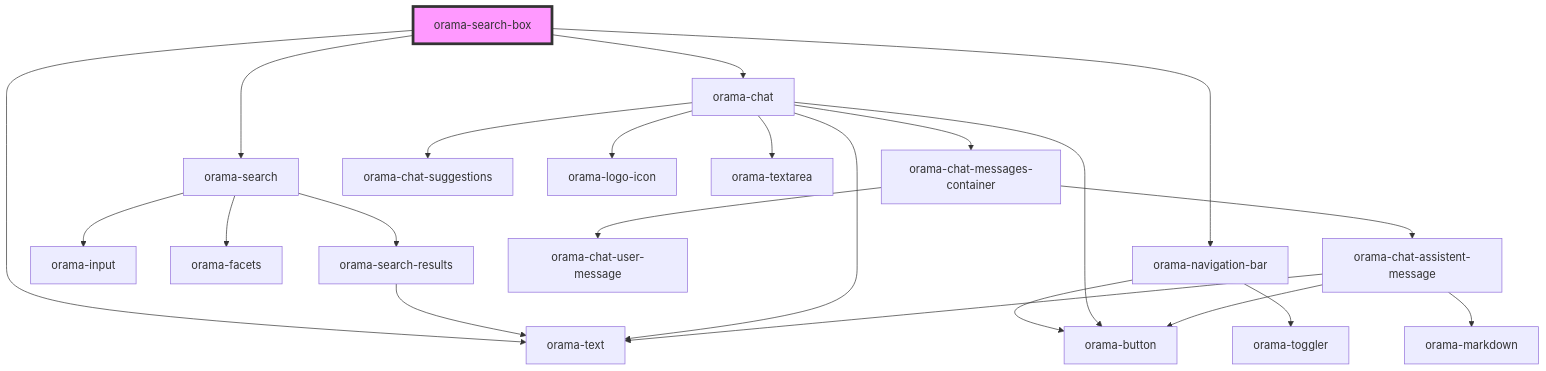
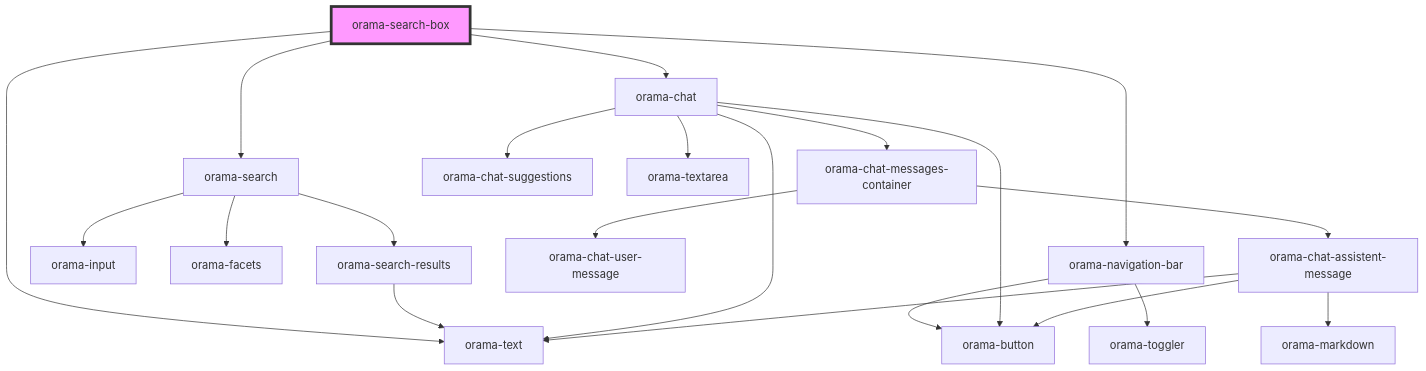
Before and after one commit to askorama/orama-ui-components: the diagram in packages/ui-stencil/src/components/orama-search-box/readme.md, drawn with Mermaid. The commit also changed 8 other files, not shown here.

````diff
--- a/packages/ui-stencil/src/components/orama-search-box/readme.md
+++ b/packages/ui-stencil/src/components/orama-search-box/readme.md
@@ -28,25 +28,24 @@
 ```mermaid
 graph TD;
   orama-search-box --> orama-text
   orama-search-box --> orama-navigation-bar
   orama-search-box --> orama-search
   orama-search-box --> orama-chat
   orama-navigation-bar --> orama-button
   orama-navigation-bar --> orama-toggler
   orama-search --> orama-input
   orama-search --> orama-facets
   orama-search --> orama-search-results
   orama-search-results --> orama-text
   orama-chat --> orama-chat-messages-container
   orama-chat --> orama-chat-suggestions
-  orama-chat --> orama-logo-icon
   orama-chat --> orama-textarea
   orama-chat --> orama-button
   orama-chat --> orama-text
   orama-chat-messages-container --> orama-chat-user-message
   orama-chat-messages-container --> orama-chat-assistent-message
   orama-chat-assistent-message --> orama-markdown
   orama-chat-assistent-message --> orama-button
   orama-chat-assistent-message --> orama-text
   style orama-search-box fill:#f9f,stroke:#333,stroke-width:4px
 ```
````
